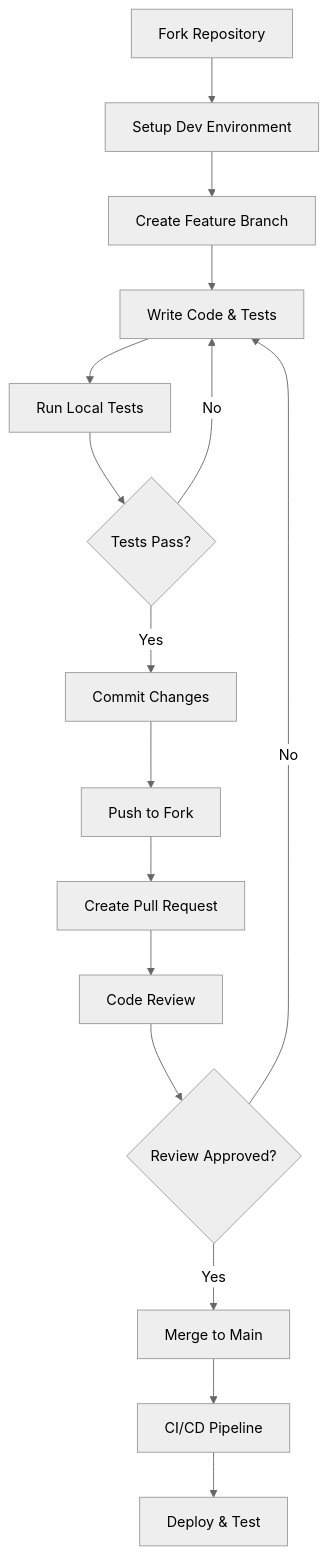
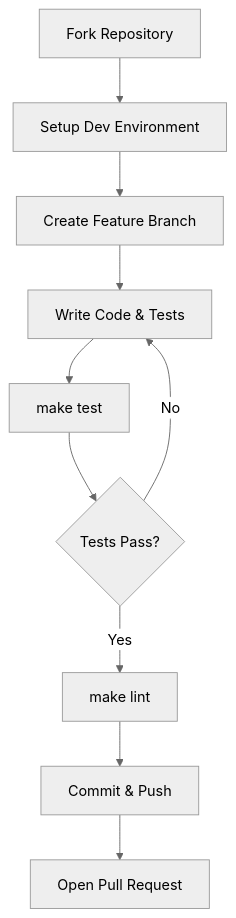
The diagram in docs/development/README.md (flamingo-stack/openframe-cli), drawn with Mermaid (neutral theme) before and after one commit. The commit also changed other lines of this file and 15 other files, not shown here.

````diff
--- a/docs/development/README.md
+++ b/docs/development/README.md
@@ -59,18 +55,12 @@
 ```mermaid
 flowchart TD
     A[Fork Repository] --> B[Setup Dev Environment]
     B --> C[Create Feature Branch]
     C --> D[Write Code & Tests]
-    D --> E[Run Local Tests]
+    D --> E[make test]
     E --> F{Tests Pass?}
     F -->|No| D
-    F -->|Yes| G[Commit Changes]
-    G --> H[Push to Fork]
-    H --> I[Create Pull Request]
-    I --> J[Code Review]
-    J --> K{Review Approved?}
-    K -->|No| D
-    K -->|Yes| L[Merge to Main]
-    L --> M[CI/CD Pipeline]
-    M --> N[Deploy & Test]
+    F -->|Yes| G[make lint]
+    G --> H[Commit & Push]
+    H --> I[Open Pull Request]
 ```
````
